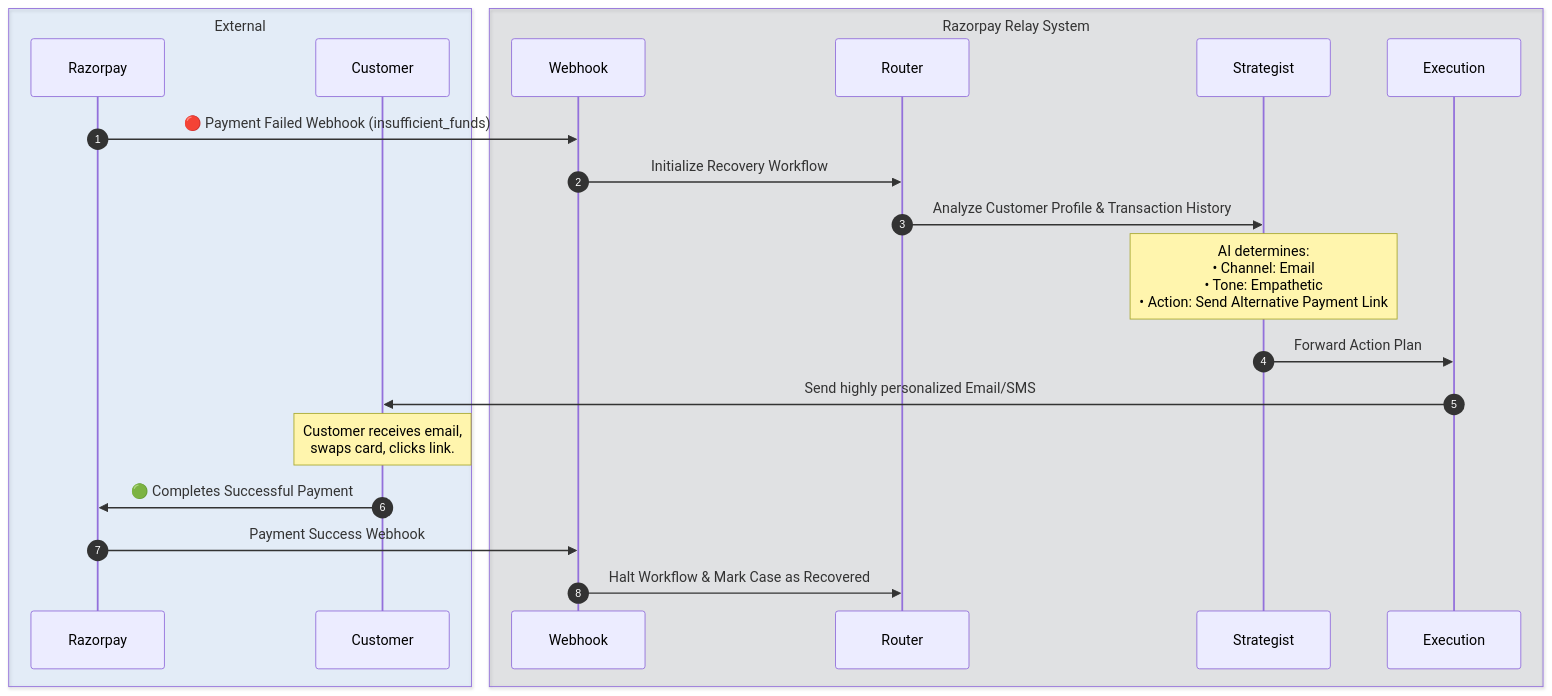
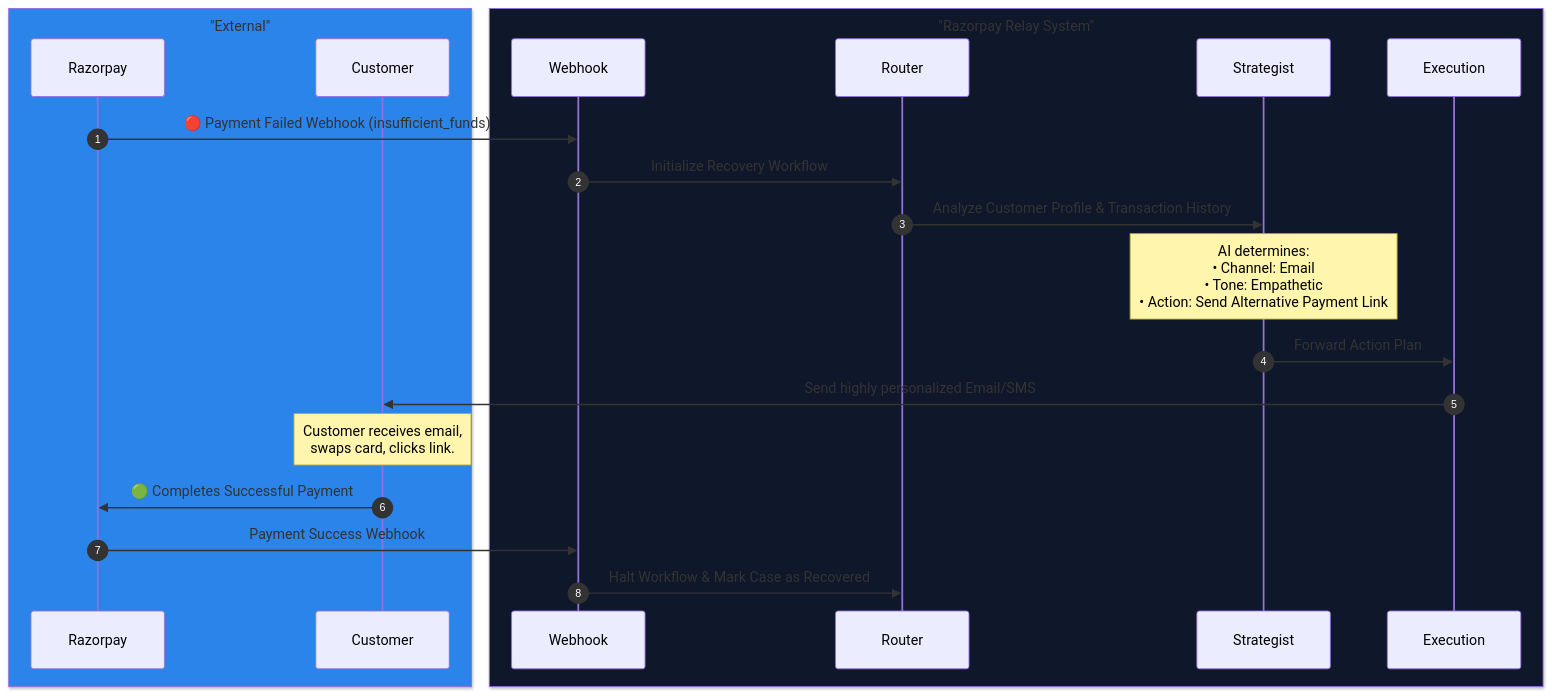
One commit to sanyam-15/Buildathon changed the second of 2 diagrams in README.md. Above: the diagram before and after it, drawn with Mermaid. The commit also changed other lines of this file, not shown here.

````diff
--- a/README.md
+++ b/README.md
@@ -111,29 +111,29 @@
 ```mermaid
 sequenceDiagram
     autonumber
-    box rgba(43, 132, 234, 0.1) External
+    box rgb(43, 132, 234) "External"
     participant Razorpay
     participant Customer
     end
-    box rgba(15, 23, 42, 0.1) Razorpay Relay System
+    box rgb(15, 23, 42) "Razorpay Relay System"
     participant Webhook
     participant Router
     participant Strategist
     participant Execution
     end
 
     Razorpay->>Webhook: 🔴 Payment Failed Webhook (insufficient_funds)
     Webhook->>Router: Initialize Recovery Workflow
     Router->>Strategist: Analyze Customer Profile & Transaction History
     
     Note over Strategist: AI determines:<br/>• Channel: Email<br/>• Tone: Empathetic<br/>• Action: Send Alternative Payment Link
     
     Strategist->>Execution: Forward Action Plan
     Execution->>Customer: Send highly personalized Email/SMS
     
     Note over Customer: Customer receives email,<br/>swaps card, clicks link.
     
     Customer->>Razorpay: 🟢 Completes Successful Payment
     Razorpay->>Webhook: Payment Success Webhook
     Webhook->>Router: Halt Workflow & Mark Case as Recovered
 ```
````
